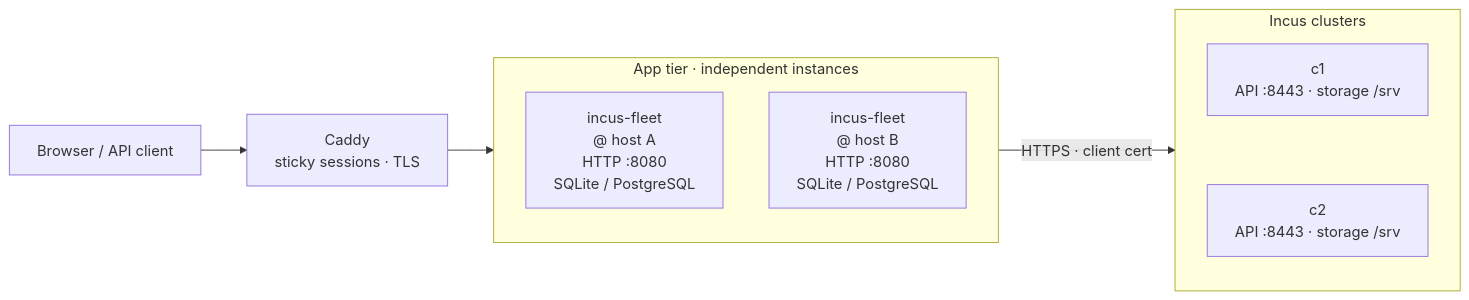
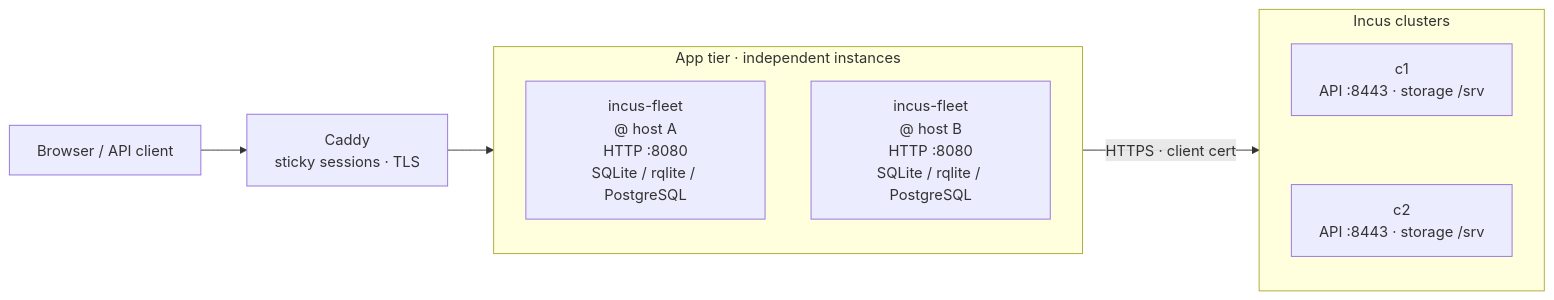
The first of 2 diagrams in docs/architecture.md (mickeyzzc/incus-fleet), drawn with Mermaid before and after one commit. The commit also changed other lines of this file and 330 other files, not shown here.

````diff
--- a/docs/architecture.md
+++ b/docs/architecture.md
@@ -28,22 +28,22 @@
 ```mermaid
 flowchart LR
     client["Browser / API client"]
     caddy["Caddy<br/>sticky sessions · TLS"]
     client --> caddy
 
     subgraph apps["App tier · independent instances"]
         direction TB
-        appA["incus-fleet<br/>@ host A<br/>HTTP :8080<br/>SQLite / PostgreSQL"]
-        appB["incus-fleet<br/>@ host B<br/>HTTP :8080<br/>SQLite / PostgreSQL"]
+        appA["incus-fleet<br/>@ host A<br/>HTTP :8080<br/>SQLite / rqlite / PostgreSQL"]
+        appB["incus-fleet<br/>@ host B<br/>HTTP :8080<br/>SQLite / rqlite / PostgreSQL"]
     end
 
     subgraph clusters["Incus clusters"]
         direction TB
         c1["c1<br/>API :8443 · storage /srv"]
         c2["c2<br/>API :8443 · storage /srv"]
         c1 ~~~ c2
     end
 
     caddy --> apps
     apps -->|HTTPS · client cert| clusters
 ```
````
